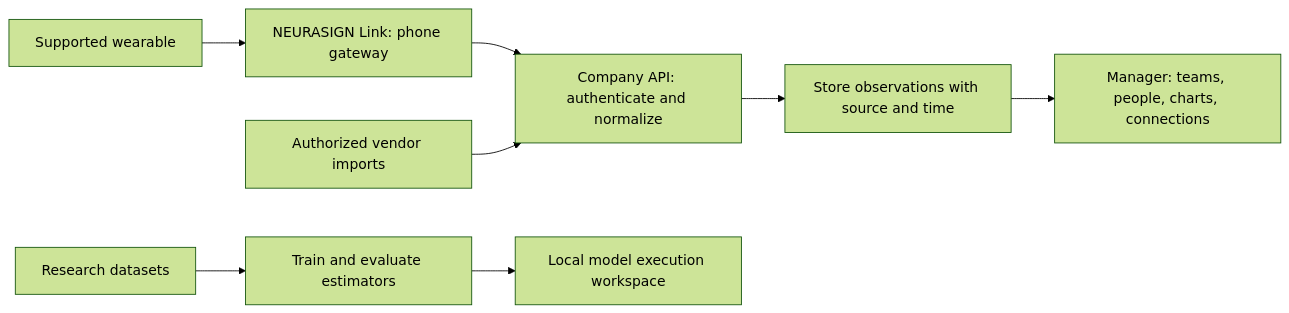
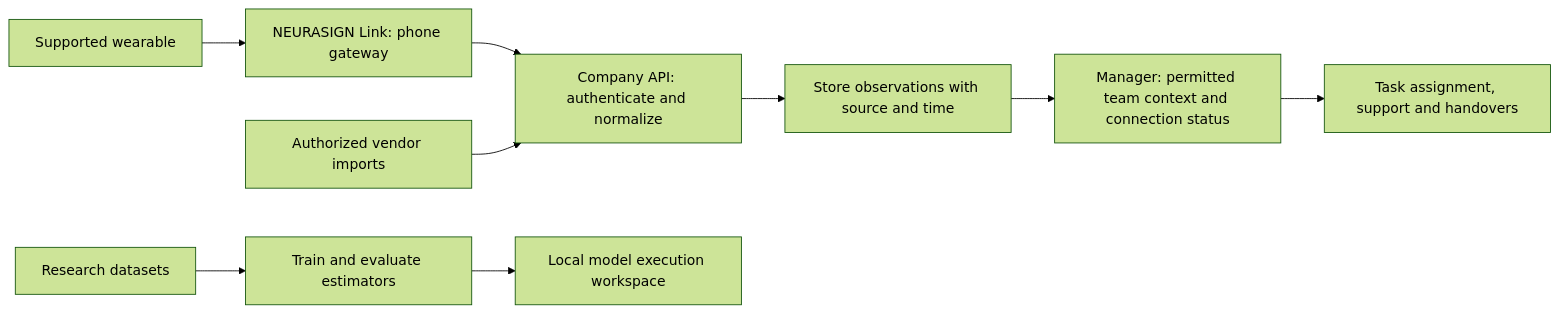
Before and after one commit to Guayamose/Neurasign: the diagram in docs/PROJECT_OVERVIEW.md, drawn with Mermaid (forest theme). The commit also changed other lines of this file and 14 other files, not shown here.

````diff
--- a/docs/PROJECT_OVERVIEW.md
+++ b/docs/PROJECT_OVERVIEW.md
@@ -11,10 +11,11 @@
 ```mermaid
 flowchart LR
   W[Supported wearable] --> L[NEURASIGN Link: phone gateway]
   L --> API[Company API: authenticate and normalize]
   C[Authorized vendor imports] --> API
   API --> DB[Store observations with source and time]
-  DB --> UI[Manager: teams, people, charts, connections]
+  DB --> UI[Manager: permitted team context and connection status]
+  UI --> A[Task assignment, support and handovers]
   R[Research datasets] --> M[Train and evaluate estimators]
   M --> E[Local model execution workspace]
 ```
````
